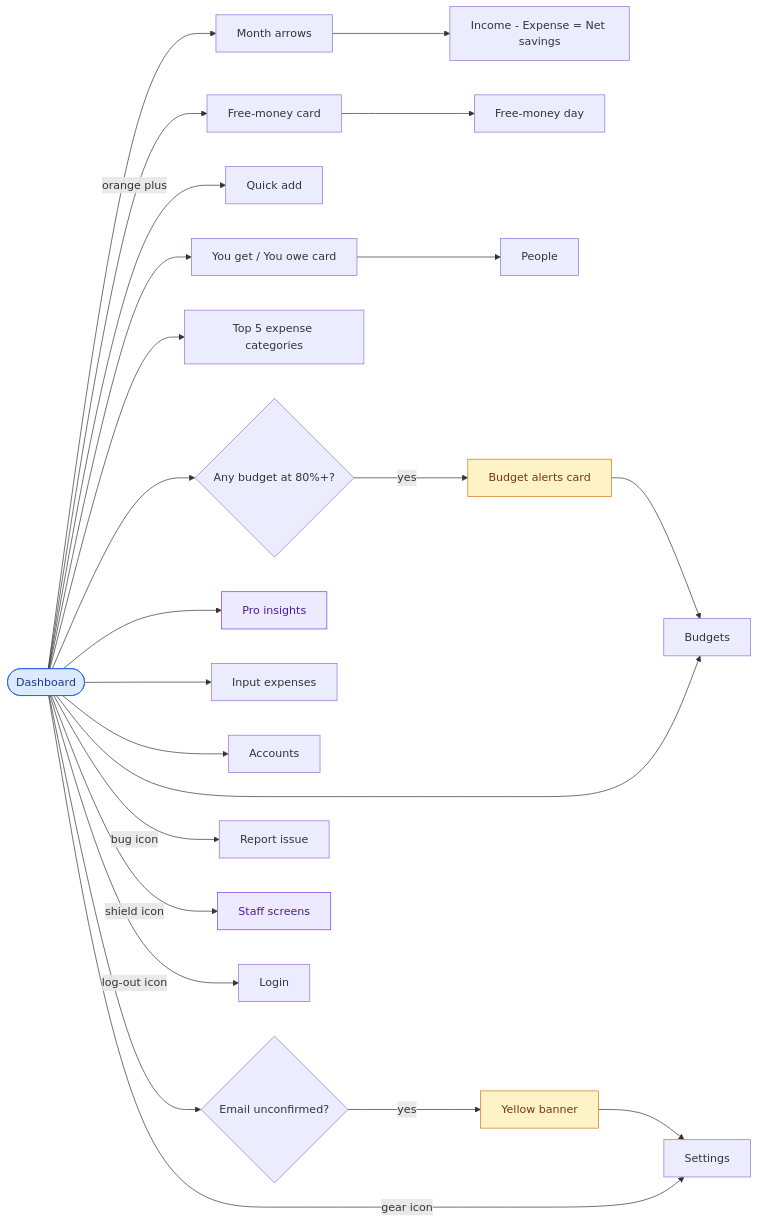
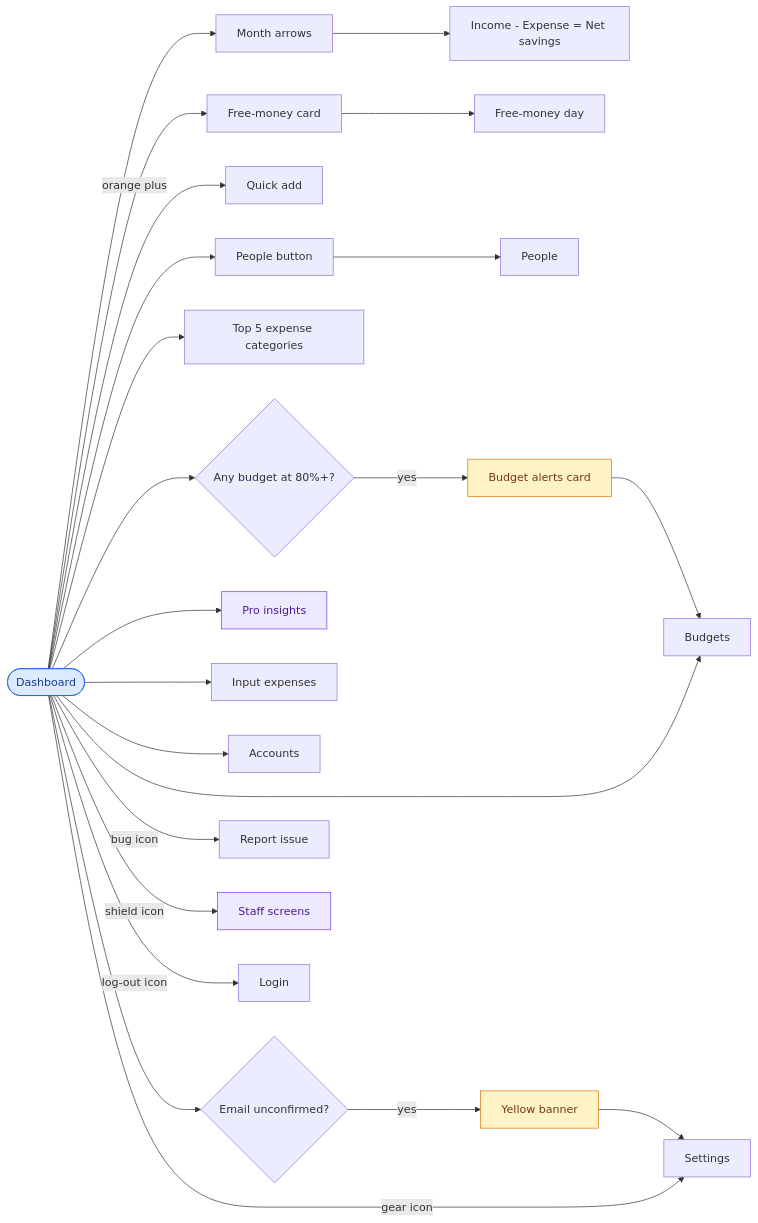
Before and after one commit to rangnenwars/myBudgetApp: the eighth of 26 diagrams in docs/USER_WORKFLOWS.md, drawn with Mermaid. The commit also changed other lines of this file and 66 other files, not shown here.

First line of the commit message:
Add per-user feature access, one monthly budget, simpler People flows

````diff
--- a/docs/USER_WORKFLOWS.md
+++ b/docs/USER_WORKFLOWS.md
@@ -170,24 +170,24 @@
 ```mermaid
 flowchart LR
   D(["Dashboard"]):::entry
   D --> M["Month arrows"] --> T["Income - Expense = Net savings"]
   D --> FMC["Free-money card"] --> FMD["Free-money day"]
   D -->|"orange plus"| QA["Quick add"]
-  D --> PC["You get / You owe card"] --> PL["People"]
+  D --> PB["People button"] --> PL["People"]
   D --> TOP["Top 5 expense categories"]
   D --> BA{"Any budget at 80%+?"} -->|yes| BAL["Budget alerts card"]:::warn --> BUD["Budgets"]
   D --> PI["Pro insights"]:::pro
   D --> IE["Input expenses"]
   D --> BUD
   D --> ACC["Accounts"]
   D --> VB{"Email unconfirmed?"} -->|yes| BAN["Yellow banner"]:::warn --> SET["Settings"]
   D -->|"bug icon"| RI["Report issue"]
   D -->|"gear icon"| SET
   D -->|"shield icon"| SH["Staff screens"]:::pro
   D -->|"log-out icon"| LO["Login"]
   classDef entry fill:#dbeafe,stroke:#2563eb,color:#1e3a8a
   classDef ok fill:#d1fae5,stroke:#059669,color:#064e3b
   classDef bad fill:#fee2e2,stroke:#dc2626,color:#7f1d1d
   classDef pro fill:#ede9fe,stroke:#7c3aed,color:#4c1d95
   classDef warn fill:#fef3c7,stroke:#d97706,color:#78350f
 ```
````
